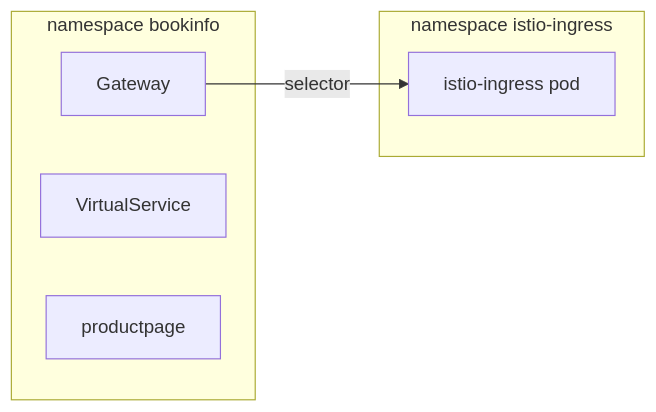
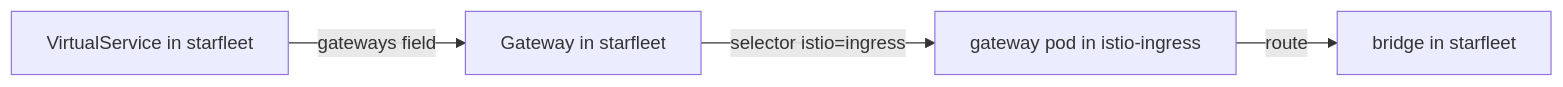
Before and after one commit to astrona-io/ATS014: the diagram in sections/section-060/module-01/course-01-the-gateway-pod-and-its-listener.md, drawn with Mermaid. The commit also changed other lines of this file and 813 other files, not shown here.

````diff
--- a/sections/section-060/module-01/course-01-the-gateway-pod-and-its-listener.md
+++ b/sections/section-060/module-01/course-01-the-gateway-pod-and-its-listener.md
@@ -91,12 +165,6 @@
 ```mermaid
 flowchart LR
-    subgraph A["namespace bookinfo"]
-      G["Gateway"]
-      V["VirtualService"]
-      S["productpage"]
-    end
-    subgraph B["namespace istio-ingress"]
-      P["istio-ingress pod"]
-    end
-    G -->|"selector"| P
+    G["Gateway in starfleet"] -->|"selector istio=ingress"| P["gateway pod in istio-ingress"]
+    V["VirtualService in starfleet"] -->|"gateways field"| G
+    P -->|"route"| S["bridge in starfleet"]
 ```
````
